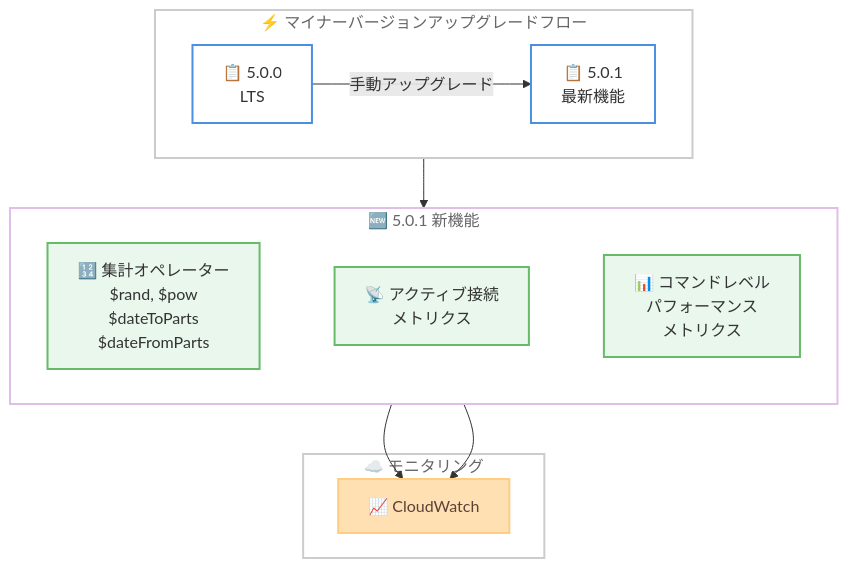
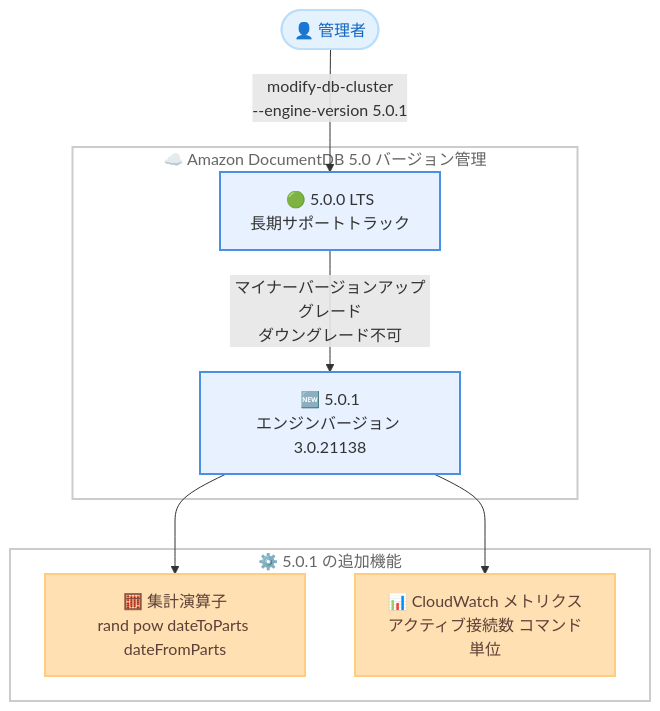
Before and after one commit to takech9203/aws-news-summary: the diagram in reports/2026/2026-06-08-amazon-documentdb-engine-minor-version-5-0-1.md, drawn with Mermaid. The commit also changed other lines of this file and 28 other files, not shown here.

````diff
--- a/reports/2026/2026-06-08-amazon-documentdb-engine-minor-version-5-0-1.md
+++ b/reports/2026/2026-06-08-amazon-documentdb-engine-minor-version-5-0-1.md
@@ -31,39 +32,27 @@
 ```mermaid
 flowchart TD
-    subgraph Upgrade["⚡ マイナーバージョンアップグレードフロー"]
-        direction LR
-        V500["📋 5.0.0<br/>LTS"]
-        V501["📋 5.0.1<br/>最新機能"]
-        V500 -->|手動アップグレード| V501
+    subgraph Versioning["☁️ Amazon DocumentDB 5.0 バージョン管理"]
+        LTS["🟢 5.0.0 LTS<br/>長期サポートトラック"]
+        Minor["🆕 5.0.1<br/>エンジンバージョン 3.0.21138"]
     end
 
-    subgraph Features["🆕 5.0.1 新機能"]
-        direction LR
-        Agg["🔢 集計オペレーター<br/>$rand, $pow<br/>$dateToParts<br/>$dateFromParts"]
-        Conn["📡 アクティブ接続<br/>メトリクス"]
-        Perf["📊 コマンドレベル<br/>パフォーマンス<br/>メトリクス"]
-        Agg ~~~ Conn ~~~ Perf
+    subgraph Features["⚙️ 5.0.1 の追加機能"]
+        Agg["🧮 集計演算子<br/>rand pow dateToParts dateFromParts"]
+        Metrics["📊 CloudWatch メトリクス<br/>アクティブ接続数 コマンド単位"]
     end
 
-    subgraph Monitor["☁️ モニタリング"]
-        CW["📈 CloudWatch"]
-    end
-
-    V501 --> Features
-    Conn --> CW
-    Perf --> CW
+    User(["👤 管理者"]) -->|"modify-db-cluster<br/>--engine-version 5.0.1"| LTS
+    LTS -->|"マイナーバージョンアップグレード<br/>ダウングレード不可"| Minor
+    Minor --> Agg
+    Minor --> Metrics
 
     classDef cloud fill:none,stroke:#CCCCCC,stroke-width:2px,color:#666666
-    classDef layer fill:none,stroke:#E1BEE7,stroke-width:2px,color:#666666
     classDef compute fill:#FFE0B2,stroke:#FFCC80,stroke-width:2px,color:#5D4037
-    classDef storage fill:#DCEDC8,stroke:#C5E1A5,stroke-width:2px,color:#33691E
-    classDef process fill:#FFFFFF,stroke:#4A90E2,stroke-width:2px,color:#333333
-    classDef input fill:#E9F7EC,stroke:#66BB6A,stroke-width:2px,color:#333333
+    classDef user fill:#E3F2FD,stroke:#BBDEFB,stroke-width:2px,color:#1565C0
+    classDef internal fill:#E8F1FF,stroke:#4A90E2,stroke-width:2px,color:#333333
 
-    class Upgrade cloud
-    class Features layer
-    class Monitor cloud
-    class V500,V501 process
-    class Agg,Conn,Perf input
-    class CW compute
+    class Versioning,Features cloud
+    class Agg,Metrics compute
+    class User user
+    class LTS,Minor internal
 ```
````
